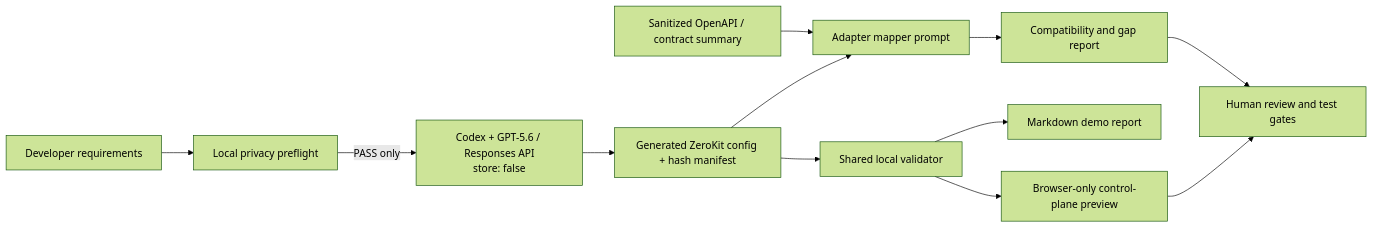
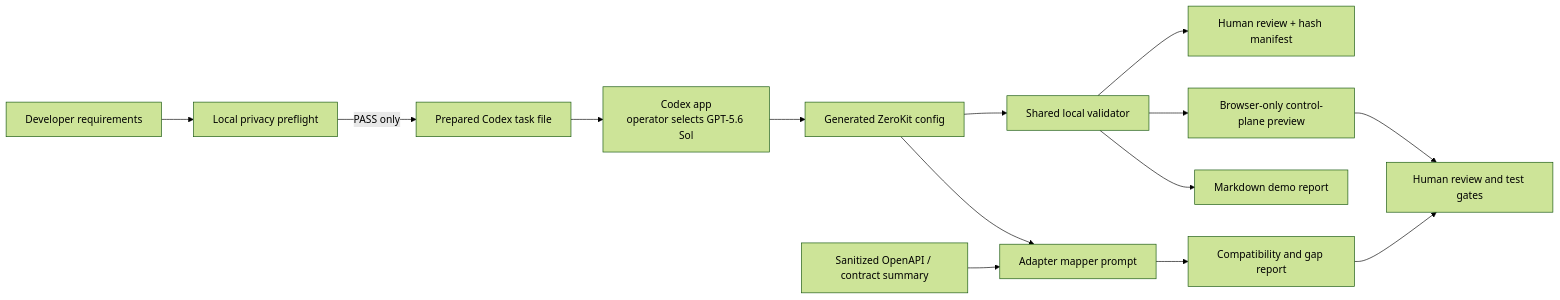
One commit to zyganali-glitch/zerokit-ai-control-plane changed the diagram in README.md. Above: the diagram before and after it, drawn with Mermaid (forest theme). The commit also changed other lines of this file and 20 other files, not shown here.

Commit message:
Replace API flow with Codex app workflow

````diff
--- a/README.md
+++ b/README.md
@@ -25,14 +27,16 @@
 ```mermaid
 flowchart LR
   A["Developer requirements"] --> P["Local privacy preflight"]
-  P -->|"PASS only"| B["Codex + GPT-5.6 / Responses API\nstore: false"]
-  B --> C["Generated ZeroKit config + hash manifest"]
+  P -->|"PASS only"| T["Prepared Codex task file"]
+  T --> B["Codex app\noperator selects GPT-5.6 Sol"]
+  B --> C["Generated ZeroKit config"]
   C --> D["Shared local validator"]
+  D --> M["Human review + hash manifest"]
   D --> E["Browser-only control-plane preview"]
   D --> F["Markdown demo report"]
   G["Sanitized OpenAPI / contract summary"] --> H["Adapter mapper prompt"]
   C --> H
   H --> I["Compatibility and gap report"]
   I --> J["Human review and test gates"]
   E --> J
 ```
````
